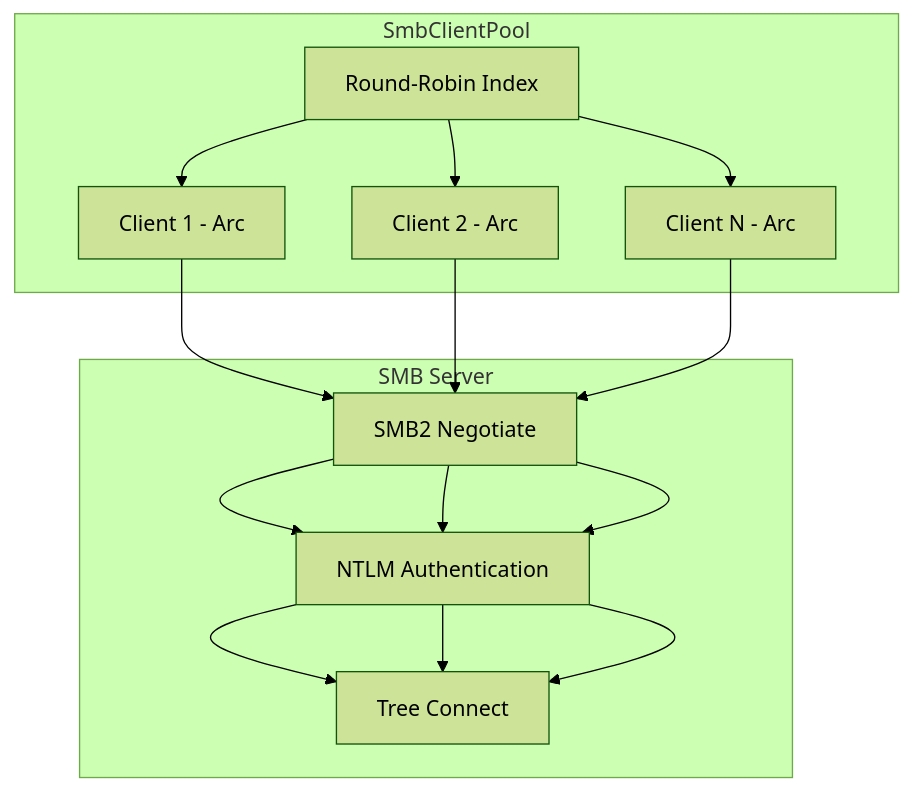
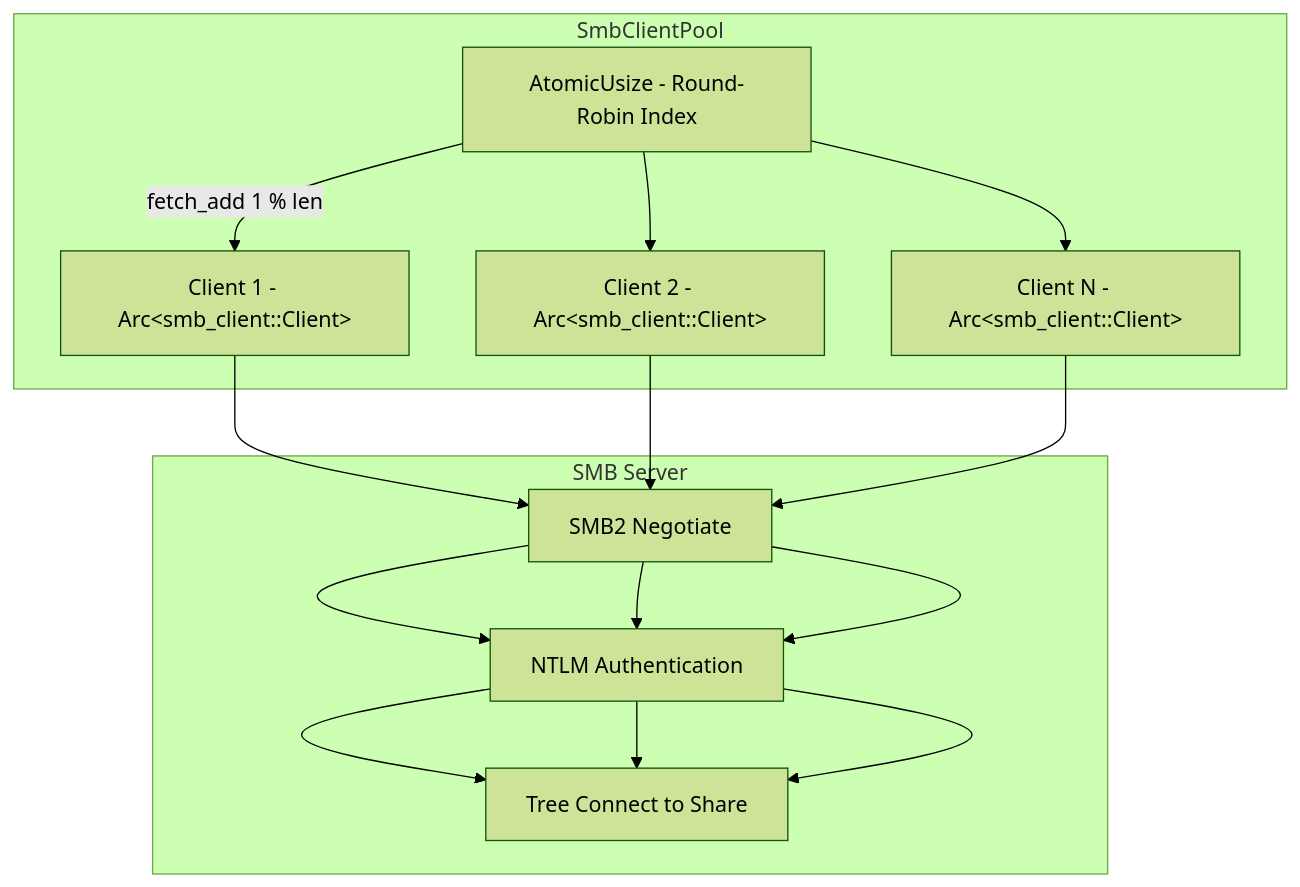
Before and after one commit to XUranus/fpt-rs: the first of 3 diagrams in wiki/docs/transports/smb.md, drawn with Mermaid (forest theme). The commit also changed other lines of this file and 60 other files, not shown here.

First line of the commit message:
Enhance wiki: code snippets, mermaid diagrams, i18n zh-CN support

````diff
--- a/wiki/docs/transports/smb.md
+++ b/wiki/docs/transports/smb.md
@@ -60,22 +60,22 @@
 ```mermaid
 graph TB
     subgraph "SmbClientPool"
-        C1[Client 1 - Arc]
-        C2[Client 2 - Arc]
-        CN[Client N - Arc]
-        RR[Round-Robin Index]
+        C1["Client 1 - Arc&lt;smb_client::Client&gt;"]
+        C2["Client 2 - Arc&lt;smb_client::Client&gt;"]
+        CN["Client N - Arc&lt;smb_client::Client&gt;"]
+        RR[AtomicUsize - Round-Robin Index]
     end
 
     subgraph "SMB Server"
         NEG[SMB2 Negotiate]
         AUTH[NTLM Authentication]
-        TREE[Tree Connect]
+        TREE[Tree Connect to Share]
     end
 
-    RR --> C1
+    RR -->|fetch_add 1 % len| C1
     RR --> C2
     RR --> CN
     C1 --> NEG --> AUTH --> TREE
     C2 --> NEG --> AUTH --> TREE
     CN --> NEG --> AUTH --> TREE
 ```
````
